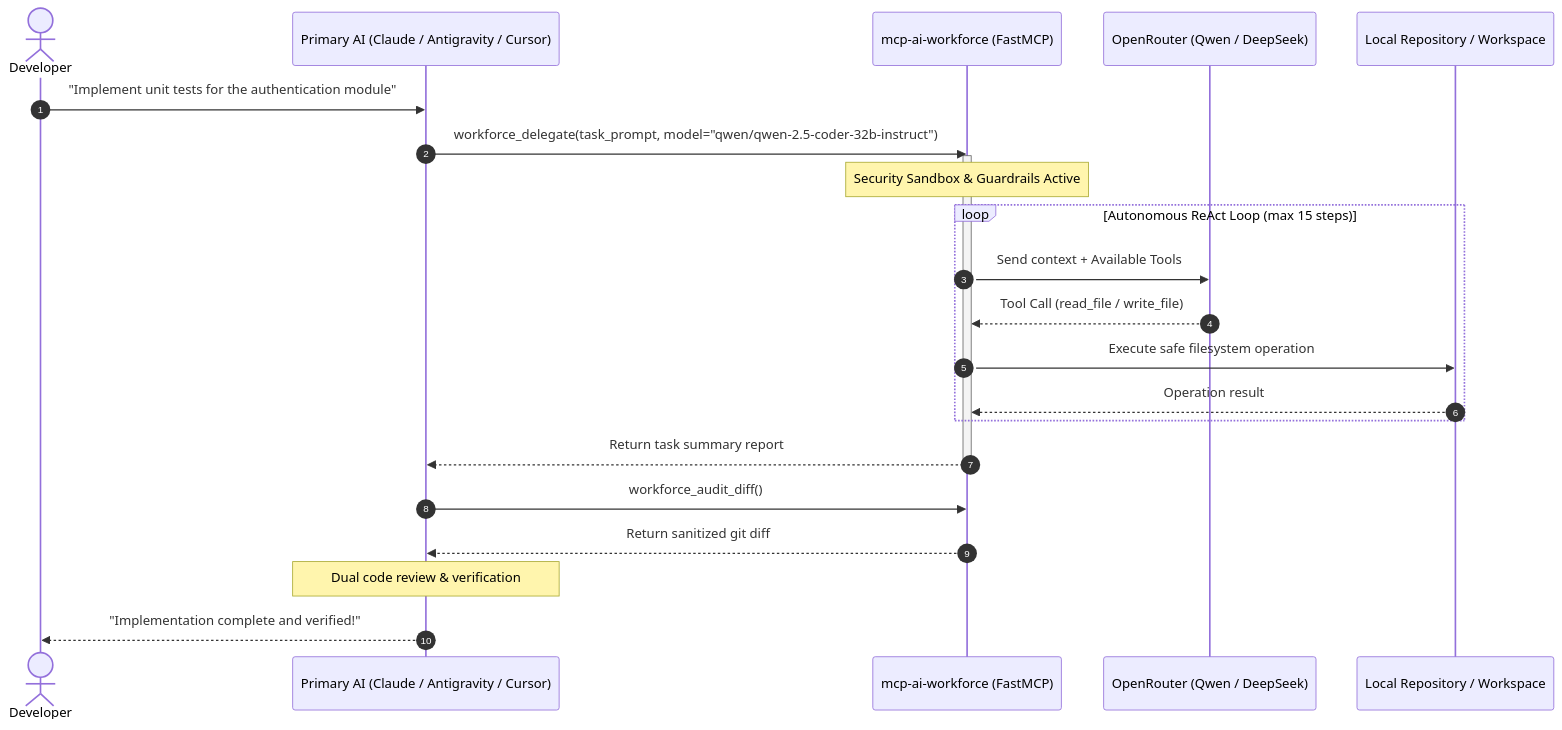
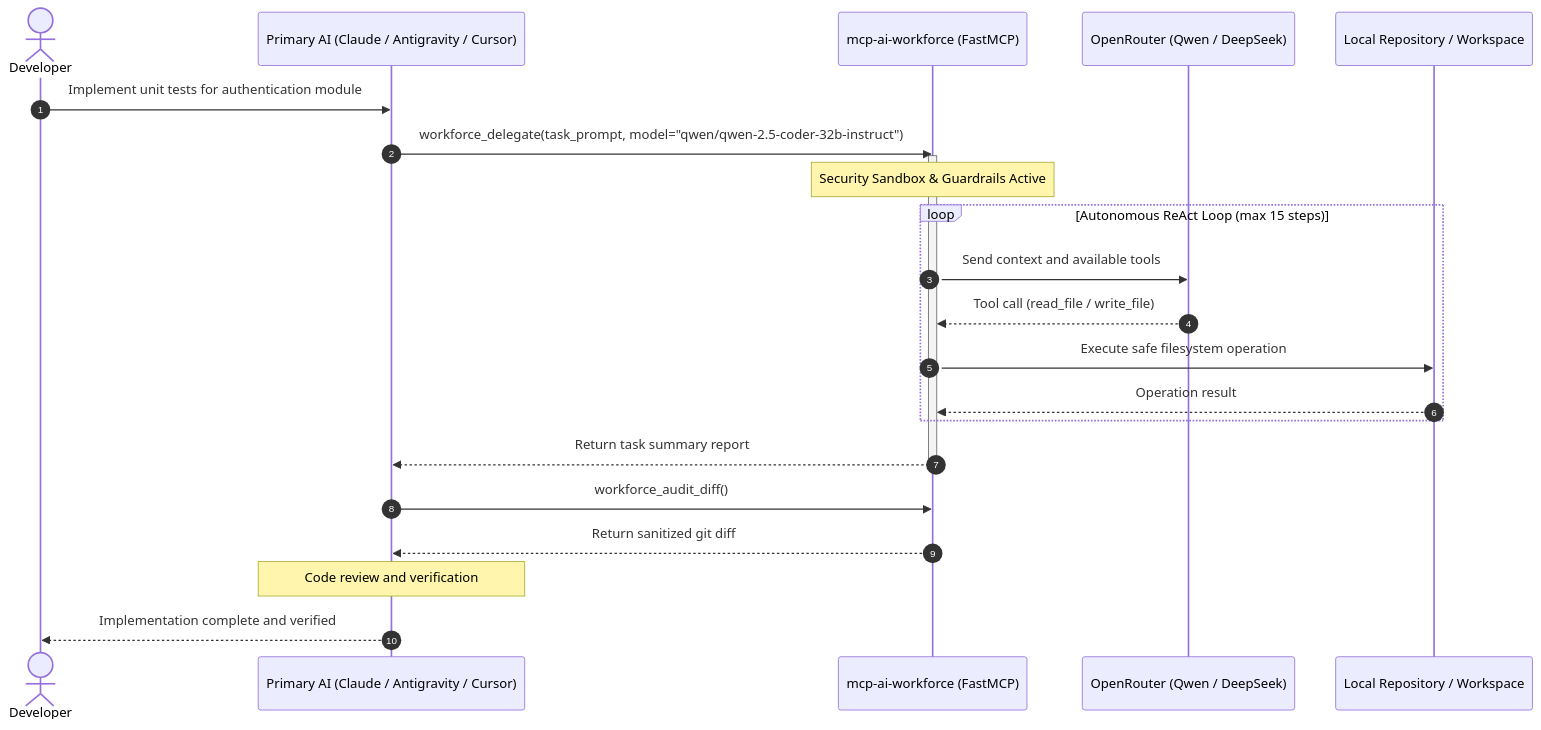
Before and after one commit to DevImperatore/mcp-ai-workforce: the diagram in README.md, drawn with Mermaid. The commit also changed other lines of this file, not shown here.

````diff
--- a/README.md
+++ b/README.md
@@ -57,28 +47,28 @@
 ```mermaid
 sequenceDiagram
     autonumber
     actor User as Developer
     participant Orchestrator as Primary AI (Claude / Antigravity / Cursor)
     participant Server as mcp-ai-workforce (FastMCP)
     participant Provider as OpenRouter (Qwen / DeepSeek)
     participant Workspace as Local Repository / Workspace
 
-    User->>Orchestrator: "Implement unit tests for the authentication module"
+    User->>Orchestrator: Implement unit tests for authentication module
     Orchestrator->>Server: workforce_delegate(task_prompt, model="qwen/qwen-2.5-coder-32b-instruct")
     
     activate Server
     Note over Server: Security Sandbox & Guardrails Active
     loop Autonomous ReAct Loop (max 15 steps)
-        Server->>Provider: Send context + Available Tools
-        Provider-->>Server: Tool Call (read_file / write_file)
+        Server->>Provider: Send context and available tools
+        Provider-->>Server: Tool call (read_file / write_file)
         Server->>Workspace: Execute safe filesystem operation
         Workspace-->>Server: Operation result
     end
     Server-->>Orchestrator: Return task summary report
     deactivate Server
 
     Orchestrator->>Server: workforce_audit_diff()
     Server-->>Orchestrator: Return sanitized git diff
-    Note over Orchestrator: Dual code review & verification
-    Orchestrator-->>User: "Implementation complete and verified!"
+    Note over Orchestrator: Code review and verification
+    Orchestrator-->>User: Implementation complete and verified
 ```
````
